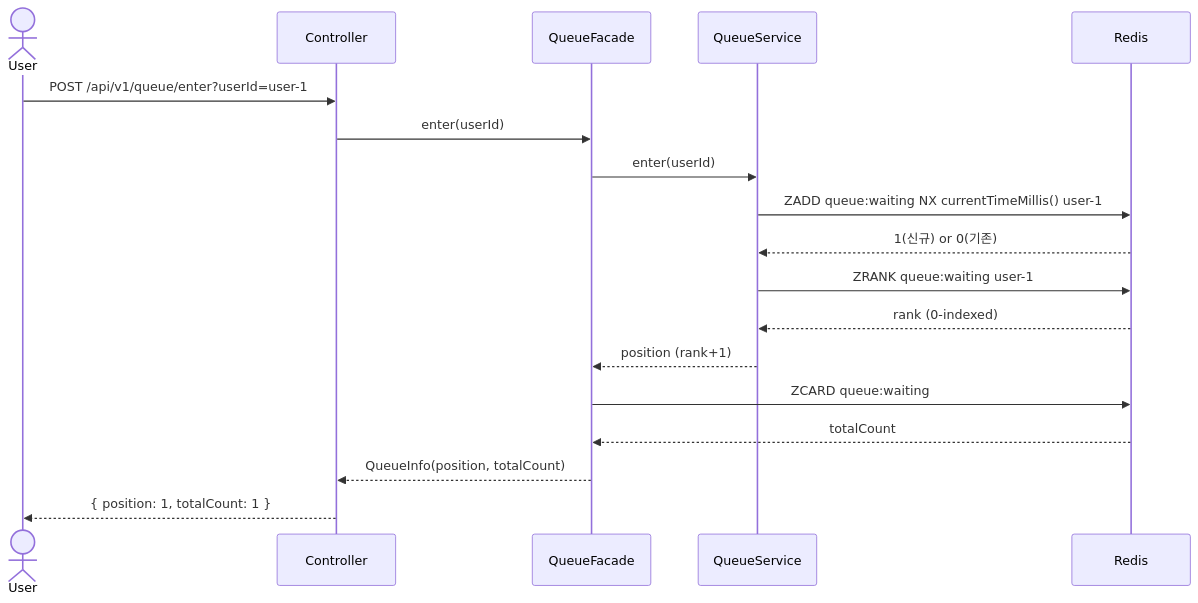
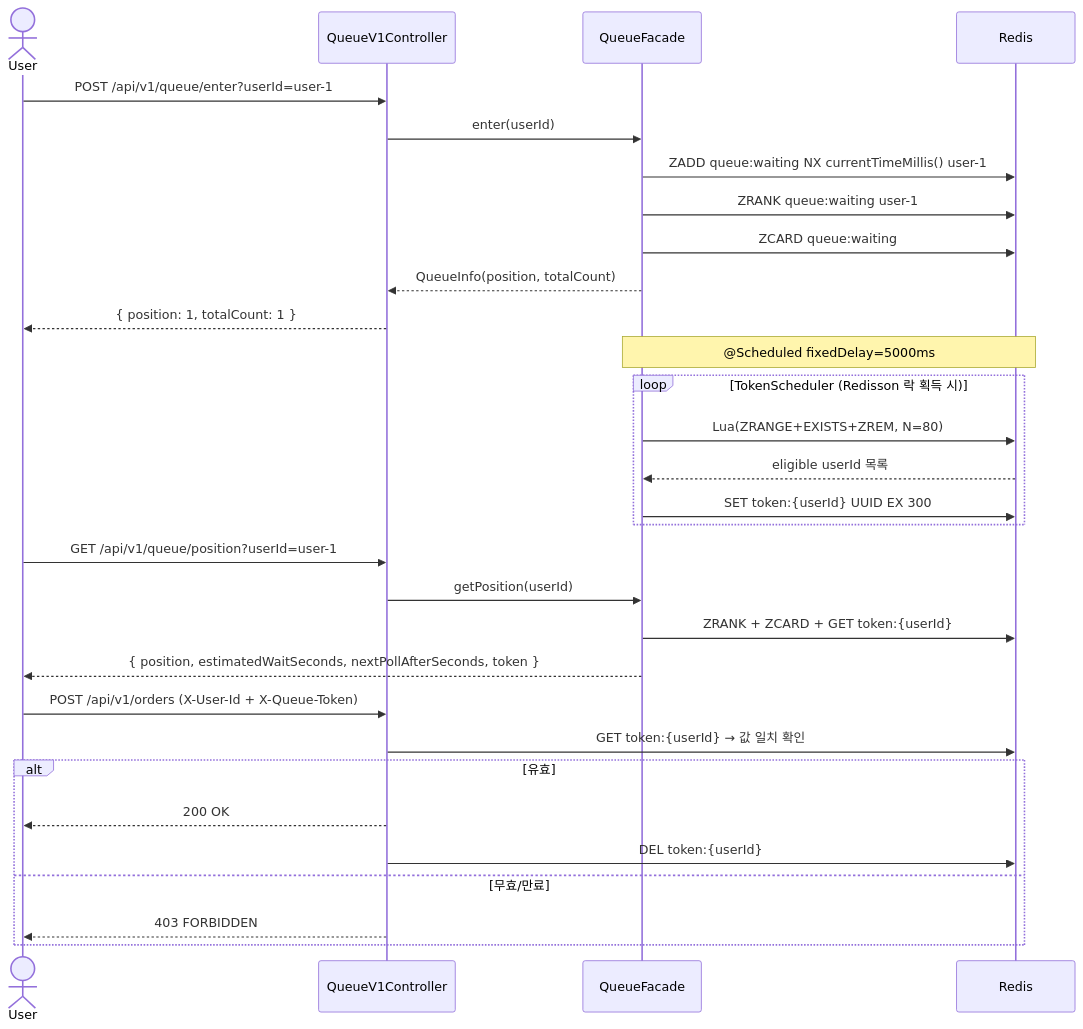
One commit to Loopers-dev-lab/loop-pack-be-l2-vol3-java changed the diagram in volume-8-pr-body.md. Above: the diagram before and after it, drawn with Mermaid. The commit also changed other lines of this file, not shown here.

````diff
--- a/volume-8-pr-body.md
+++ b/volume-8-pr-body.md
@@ -102,21 +190,37 @@
 ```mermaid
 sequenceDiagram
     actor User
-    participant Controller
-    participant QueueFacade
-    participant QueueService
+    participant Controller as QueueV1Controller
+    participant Facade as QueueFacade
     participant Redis
 
     User->>Controller: POST /api/v1/queue/enter?userId=user-1
-    Controller->>QueueFacade: enter(userId)
-    QueueFacade->>QueueService: enter(userId)
-    QueueService->>Redis: ZADD queue:waiting NX currentTimeMillis() user-1
-    Redis-->>QueueService: 1(신규) or 0(기존)
-    QueueService->>Redis: ZRANK queue:waiting user-1
-    Redis-->>QueueService: rank (0-indexed)
-    QueueService-->>QueueFacade: position (rank+1)
-    QueueFacade->>Redis: ZCARD queue:waiting
-    Redis-->>QueueFacade: totalCount
-    QueueFacade-->>Controller: QueueInfo(position, totalCount)
+    Controller->>Facade: enter(userId)
+    Facade->>Redis: ZADD queue:waiting NX currentTimeMillis() user-1
+    Facade->>Redis: ZRANK queue:waiting user-1
+    Facade->>Redis: ZCARD queue:waiting
+    Facade-->>Controller: QueueInfo(position, totalCount)
     Controller-->>User: { position: 1, totalCount: 1 }
+
+    Note over Facade,Redis: @Scheduled fixedDelay=5000ms
+
+    loop TokenScheduler (Redisson 락 획득 시)
+        Facade->>Redis: Lua(ZRANGE+EXISTS+ZREM, N=80)
+        Redis-->>Facade: eligible userId 목록
+        Facade->>Redis: SET token:{userId} UUID EX 300
+    end
+
+    User->>Controller: GET /api/v1/queue/position?userId=user-1
+    Controller->>Facade: getPosition(userId)
+    Facade->>Redis: ZRANK + ZCARD + GET token:{userId}
+    Facade-->>User: { position, estimatedWaitSeconds, nextPollAfterSeconds, token }
+
+    User->>Controller: POST /api/v1/orders (X-User-Id + X-Queue-Token)
+    Controller->>Redis: GET token:{userId} → 값 일치 확인
+    alt 유효
+        Controller-->>User: 200 OK
+        Controller->>Redis: DEL token:{userId}
+    else 무효/만료
+        Controller-->>User: 403 FORBIDDEN
+    end
 ```
````
